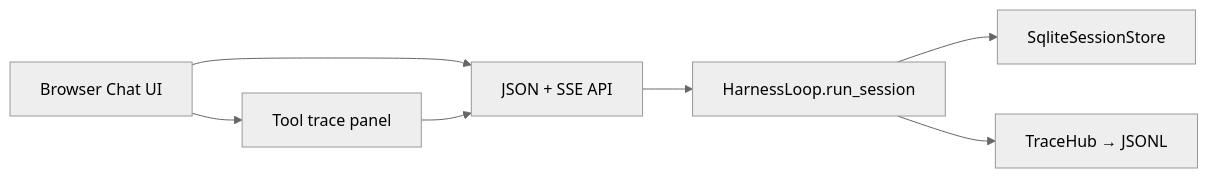
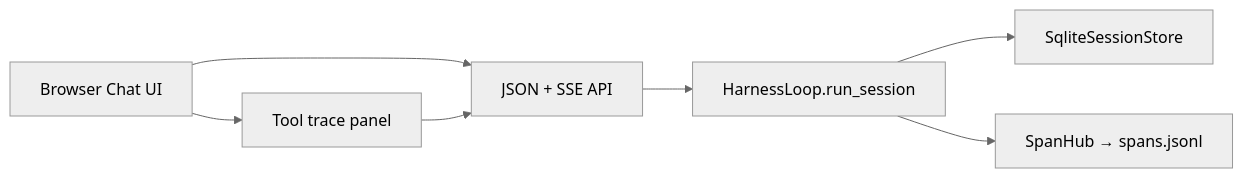
One commit to zhumengzhu/HarnessLab changed the fifth of 6 diagrams in docs/architecture/overview.md. Above: the diagram before and after it, drawn with Mermaid (neutral theme). The commit also changed other lines of this file and 126 other files, not shown here.

First line of the commit message:
Ship Observability v2 span lifecycle and Jaeger-style Trace UI.

````diff
--- a/docs/architecture/overview.md
+++ b/docs/architecture/overview.md
@@ -521,9 +521,9 @@
 ```mermaid
 flowchart LR
     Browser[Browser Chat UI] --> API[JSON + SSE API]
     API --> Loop[HarnessLoop.run_session]
     Loop --> Store[SqliteSessionStore]
-    Loop --> Trace[TraceHub → JSONL]
+    Loop --> Spans[SpanHub → spans.jsonl]
     Browser --> Panel[Tool trace panel]
     Panel --> API
 ```
````
